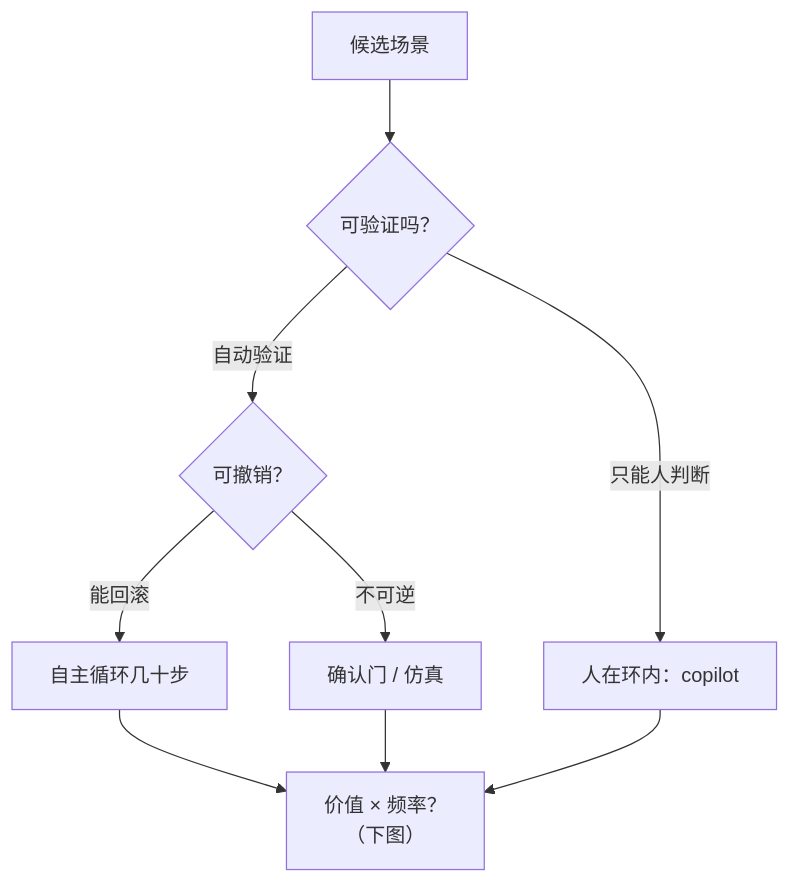
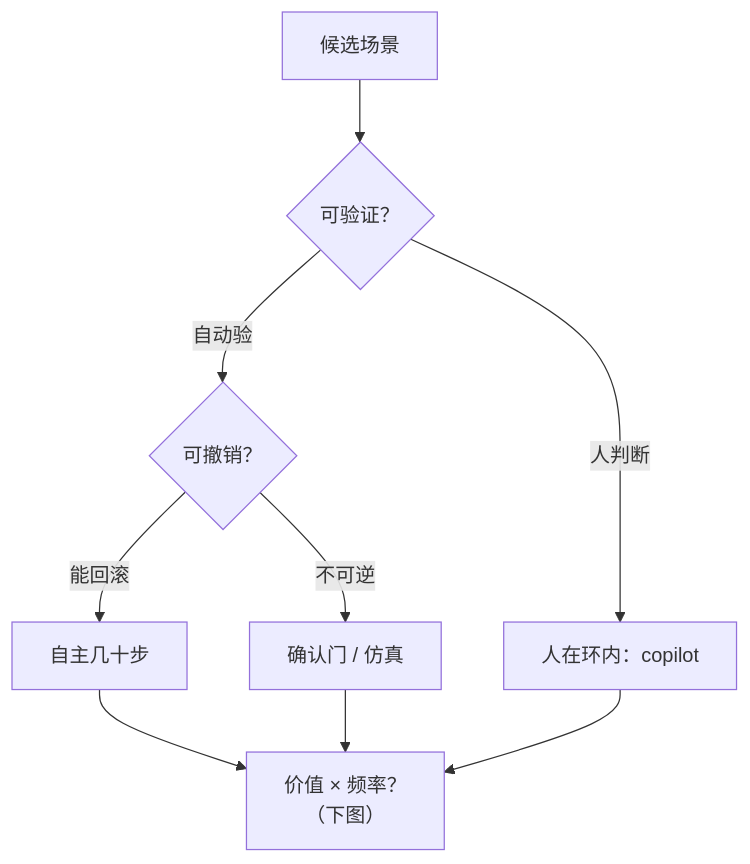
Before and after one commit to arganzheng/arganzheng.github.com: the second of 6 diagrams in slides/2026-11-20-product-and-experience.md, drawn with Mermaid. The commit also changed other lines of this file, not shown here.

Commit message:
slides(2026-11-20-product-and-experience): 图内文字 ≥14px——标签缩短/拆分/Unicode 数学

````diff
--- a/slides/2026-11-20-product-and-experience.md
+++ b/slides/2026-11-20-product-and-experience.md
@@ -41,11 +41,11 @@
 ```mermaid
 %%{init: {"flowchart": {"wrappingWidth": 480}}}%%
 flowchart TB
-    S["候选场景"] --> D1{"可验证吗？"}
-    D1 -- "自动验证" --> D2{"可撤销？"}
-    D1 -- "只能人判断" --> H["人在环内：copilot"]
-    D2 -- "能回滚" --> AUTO["自主循环几十步"]
+    S["候选场景"] --> D1{"可验证？"}
+    D1 -- "自动验" --> D2{"可撤销？"}
+    D1 -- "人判断" --> H["人在环内：copilot"]
+    D2 -- "能回滚" --> AUTO["自主几十步"]
     D2 -- "不可逆" --> GATE["确认门 / 仿真"]
     AUTO & H & GATE --> W["价值 × 频率？<br/>（下图）"]
 
 ```
````
